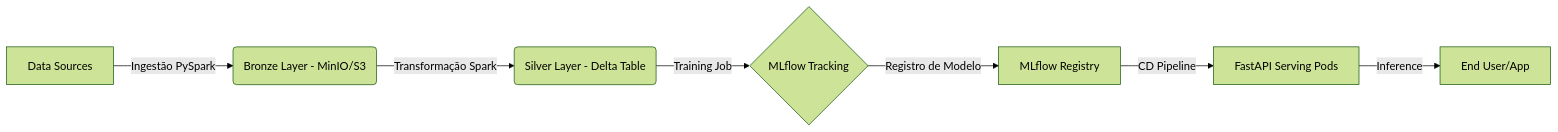
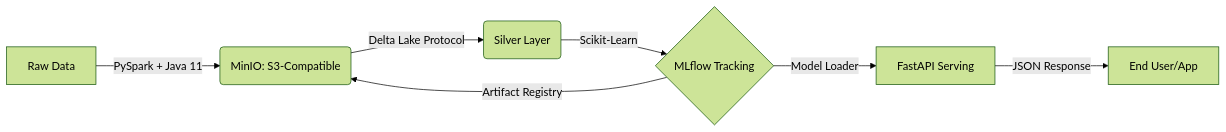
One commit to mllmale/distributed-ml-platform changed the diagram in README.md. Above: the diagram before and after it, drawn with Mermaid (forest theme). The commit also changed other lines of this file, not shown here.

````diff
--- a/README.md
+++ b/README.md
@@ -25,10 +13,9 @@
 ```mermaid
 graph LR
-    A[Data Sources] -->|Ingestão PySpark| B(Bronze Layer - MinIO/S3)
-    B -->|Transformação Spark| C(Silver Layer - Delta Table)
-    C -->|Training Job| D{MLflow Tracking}
-    D -->|Registro de Modelo| E[MLflow Registry]
-    E -->|CD Pipeline| F[FastAPI Serving Pods]
-    F -->|Inference| G[End User/App]
-
+    A[Raw Data] -->|PySpark + Java 11| B(MinIO: S3-Compatible)
+    B -->|Delta Lake Protocol| C(Silver Layer)
+    C -->|Scikit-Learn| D{MLflow Tracking}
+    D -->|Artifact Registry| B
+    D -->|Model Loader| E[FastAPI Serving]
+    E -->|JSON Response| F[End User/App]
 ```
````
